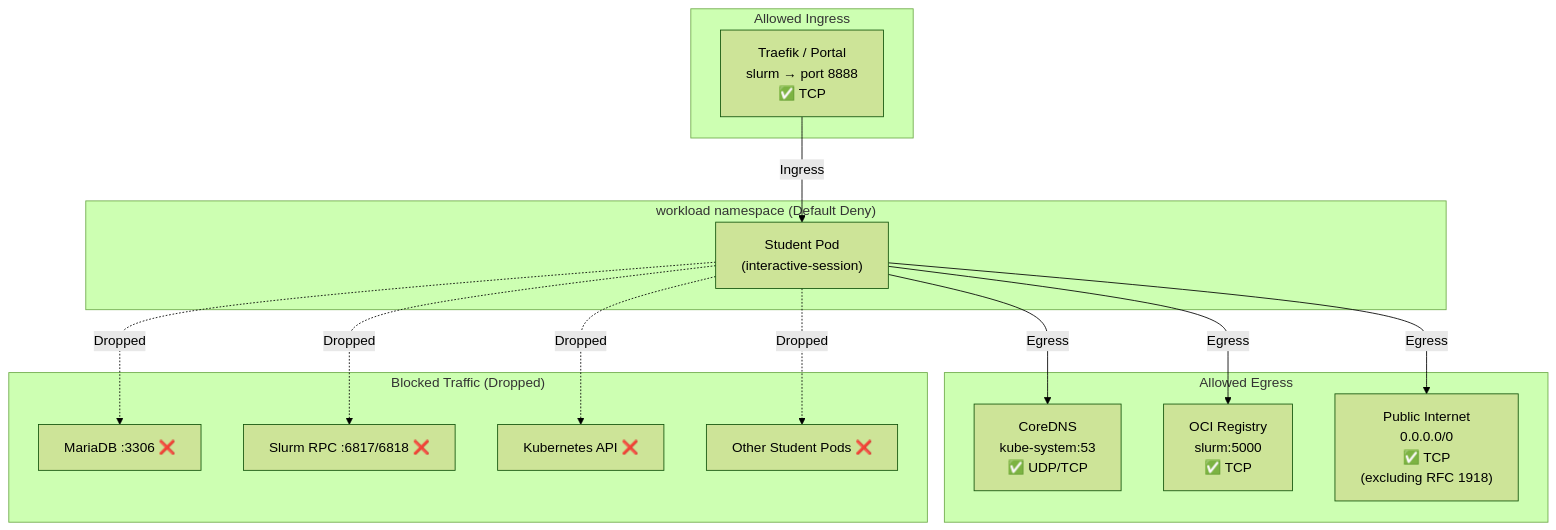
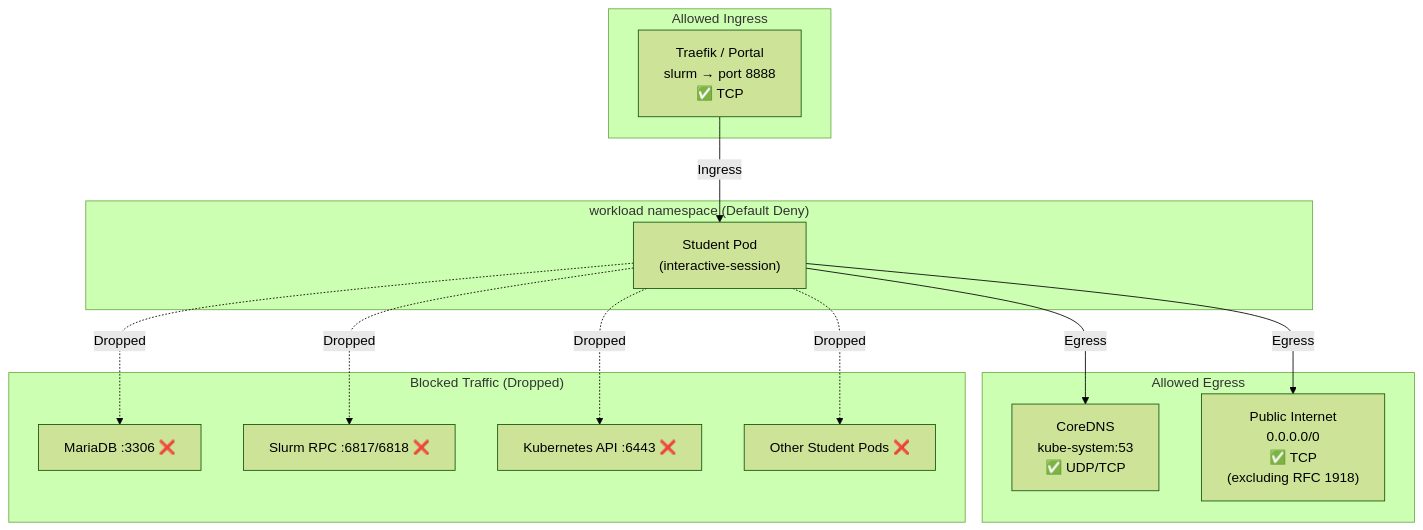
Before and after one commit to khemingkapat/ai_sandbox: the fifth of 5 diagrams in docs/BACKEND_DEPLOYMENT_REPORT.md, drawn with Mermaid (forest theme). The commit also changed other lines of this file, not shown here.

````diff
--- a/docs/BACKEND_DEPLOYMENT_REPORT.md
+++ b/docs/BACKEND_DEPLOYMENT_REPORT.md
@@ -580,32 +613,30 @@
 ```mermaid
 flowchart TD
     subgraph "workload namespace (Default Deny)"
         Pod["Student Pod<br/>(interactive-session)"]
     end
 
     subgraph "Allowed Egress"
         DNS["CoreDNS<br/>kube-system:53<br/>✅ UDP/TCP"]
-        Registry["OCI Registry<br/>slurm:5000<br/>✅ TCP"]
         Internet["Public Internet<br/>0.0.0.0/0<br/>✅ TCP<br/>(excluding RFC 1918)"]
     end
 
     subgraph "Allowed Ingress"
         Traefik["Traefik / Portal<br/>slurm → port 8888<br/>✅ TCP"]
     end
 
     subgraph "Blocked Traffic (Dropped)"
         MariaDB["MariaDB :3306 ❌"]
         SlurmRPC["Slurm RPC :6817/6818 ❌"]
-        K8sAPI["Kubernetes API ❌"]
+        K8sAPI["Kubernetes API :6443 ❌"]
         PeerPod["Other Student Pods ❌"]
     end
 
     Traefik -->|Ingress| Pod
     Pod -->|Egress| DNS
-    Pod -->|Egress| Registry
     Pod -->|Egress| Internet
     Pod -.->|Dropped| MariaDB
     Pod -.->|Dropped| SlurmRPC
     Pod -.->|Dropped| K8sAPI
     Pod -.->|Dropped| PeerPod
 ```
````
